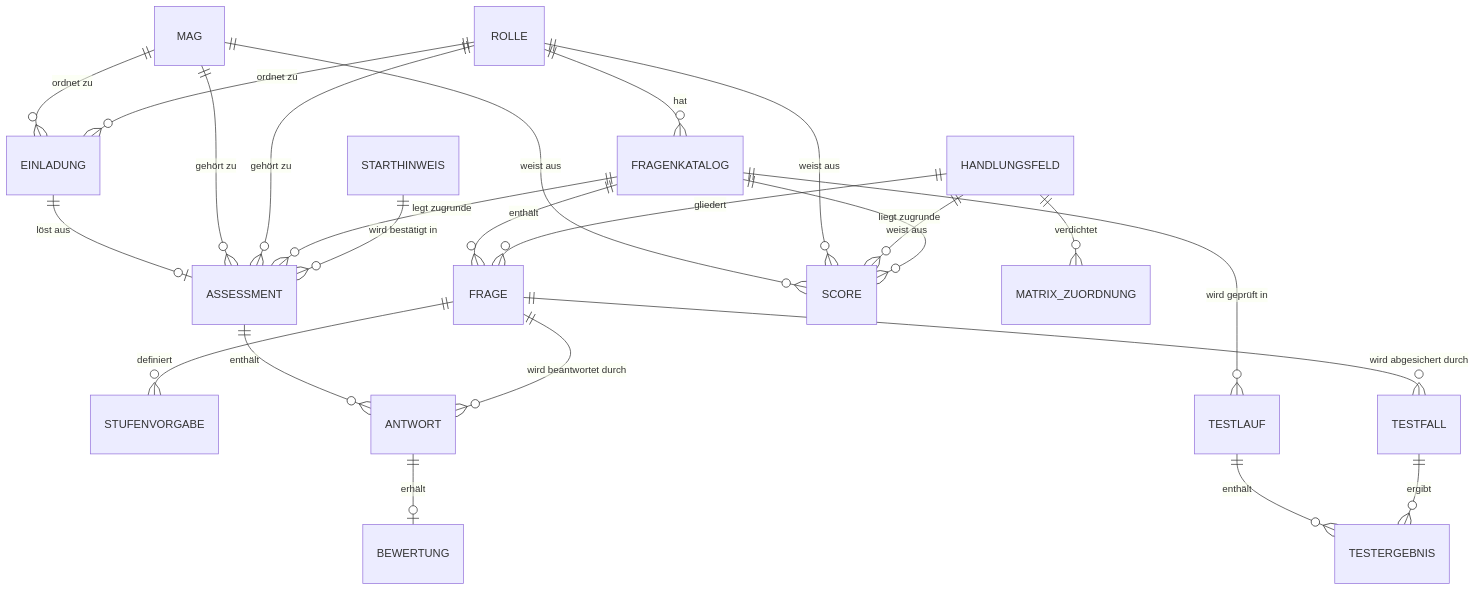
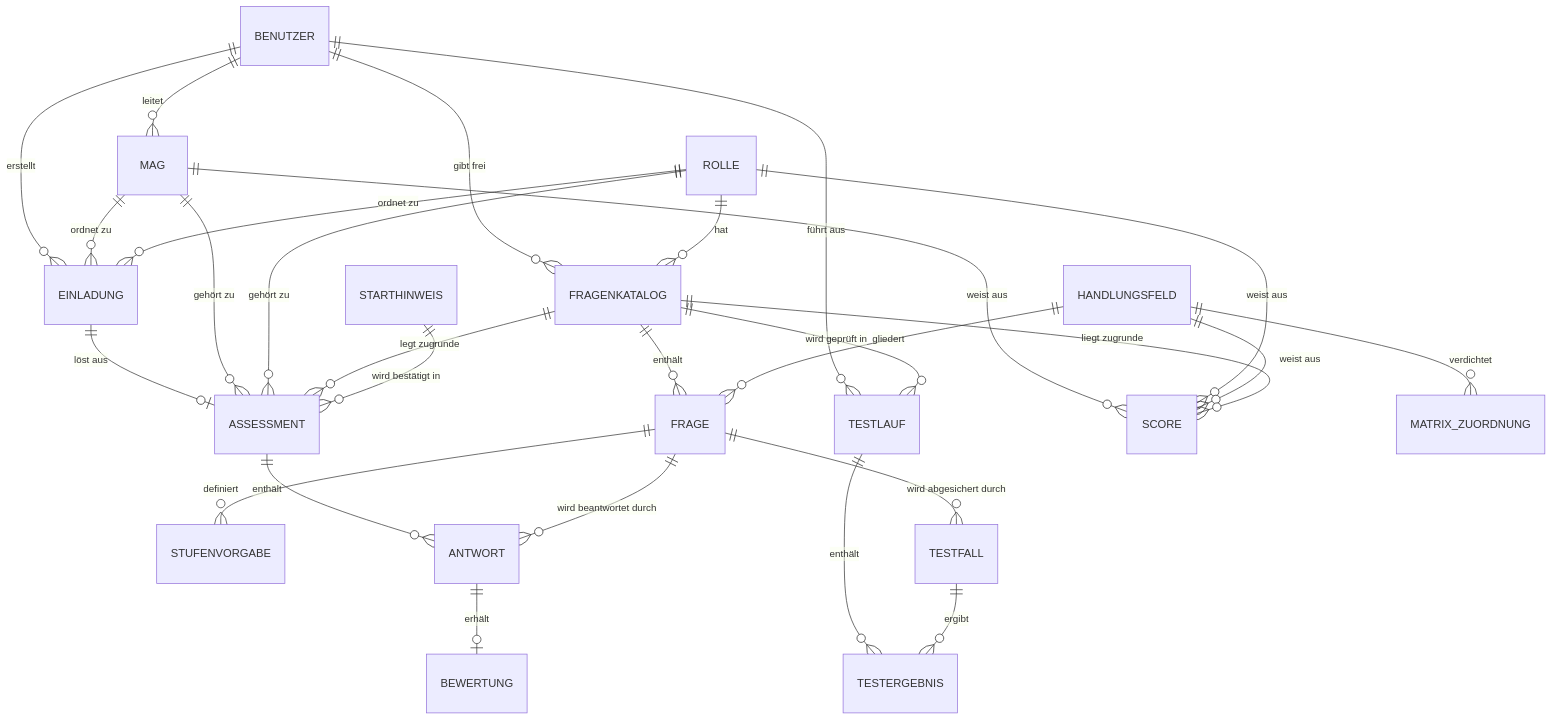
One commit to mrwylan/devace changed the diagram in docs/entity_model.md. Above: the diagram before and after it, drawn with Mermaid. The commit also changed other lines of this file and 1 other file, not shown here.

First line of the commit message:
Add BENUTZER to the entity model and resolve OQ-031

````diff
--- a/docs/entity_model.md
+++ b/docs/entity_model.md
@@ -9,26 +7,30 @@
 ```mermaid
 erDiagram
+    BENUTZER ||--o{ MAG : "leitet"
+    BENUTZER ||--o{ FRAGENKATALOG : "gibt frei"
+    BENUTZER ||--o{ EINLADUNG : "erstellt"
+    BENUTZER ||--o{ TESTLAUF : "führt aus"
     ROLLE ||--o{ FRAGENKATALOG : "hat"
     FRAGENKATALOG ||--o{ FRAGE : "enthält"
     HANDLUNGSFELD ||--o{ FRAGE : "gliedert"
     FRAGE ||--o{ STUFENVORGABE : "definiert"
     MAG ||--o{ EINLADUNG : "ordnet zu"
     ROLLE ||--o{ EINLADUNG : "ordnet zu"
     EINLADUNG ||--o| ASSESSMENT : "löst aus"
     MAG ||--o{ ASSESSMENT : "gehört zu"
     ROLLE ||--o{ ASSESSMENT : "gehört zu"
     FRAGENKATALOG ||--o{ ASSESSMENT : "legt zugrunde"
     STARTHINWEIS ||--o{ ASSESSMENT : "wird bestätigt in"
     ASSESSMENT ||--o{ ANTWORT : "enthält"
     FRAGE ||--o{ ANTWORT : "wird beantwortet durch"
     ANTWORT ||--o| BEWERTUNG : "erhält"
     MAG ||--o{ SCORE : "weist aus"
     ROLLE ||--o{ SCORE : "weist aus"
     HANDLUNGSFELD ||--o{ SCORE : "weist aus"
     FRAGENKATALOG ||--o{ SCORE : "liegt zugrunde"
     FRAGE ||--o{ TESTFALL : "wird abgesichert durch"
     FRAGENKATALOG ||--o{ TESTLAUF : "wird geprüft in"
     TESTLAUF ||--o{ TESTERGEBNIS : "enthält"
     TESTFALL ||--o{ TESTERGEBNIS : "ergibt"
     HANDLUNGSFELD ||--o{ MATRIX_ZUORDNUNG : "verdichtet"
 ```
````
